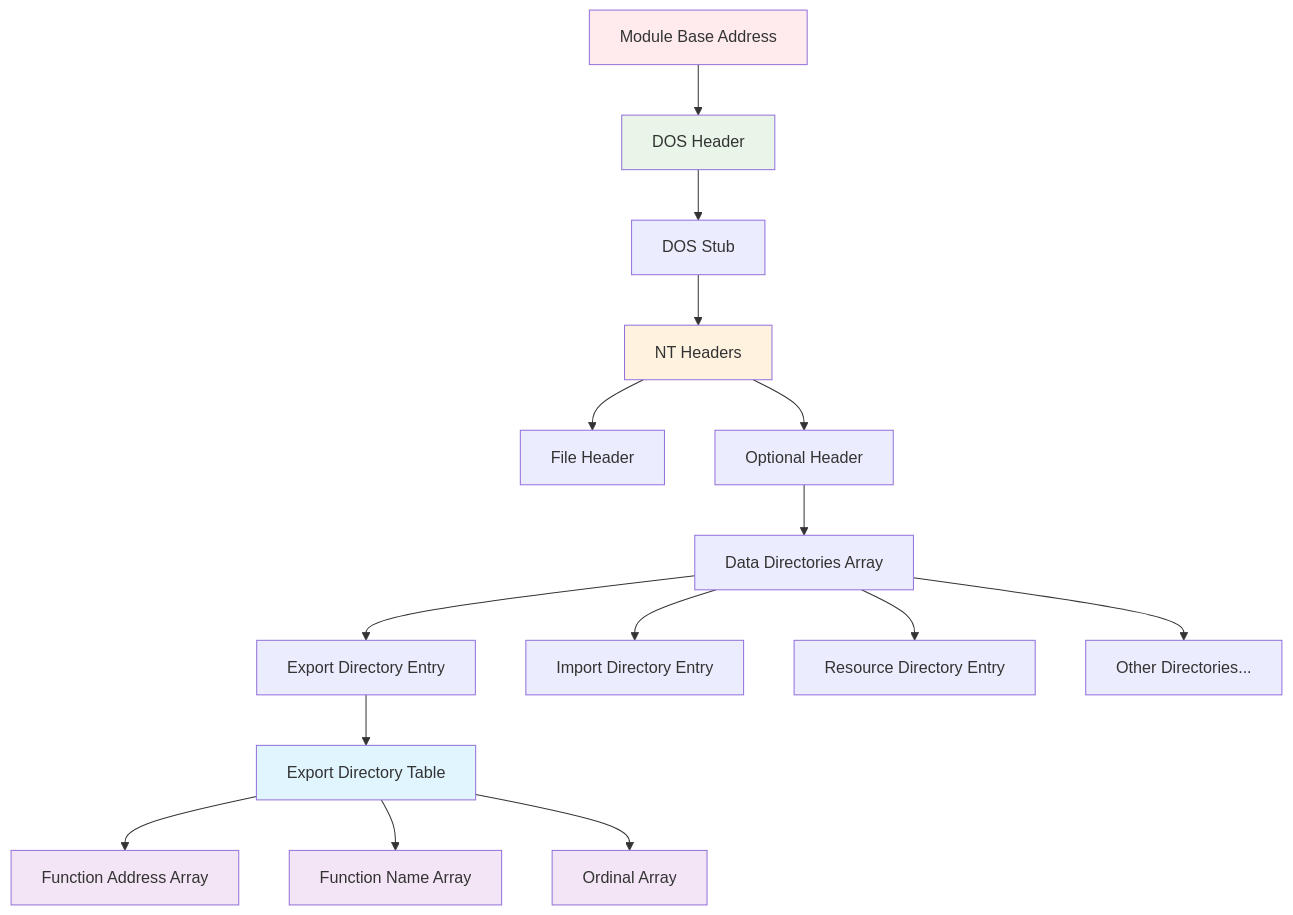
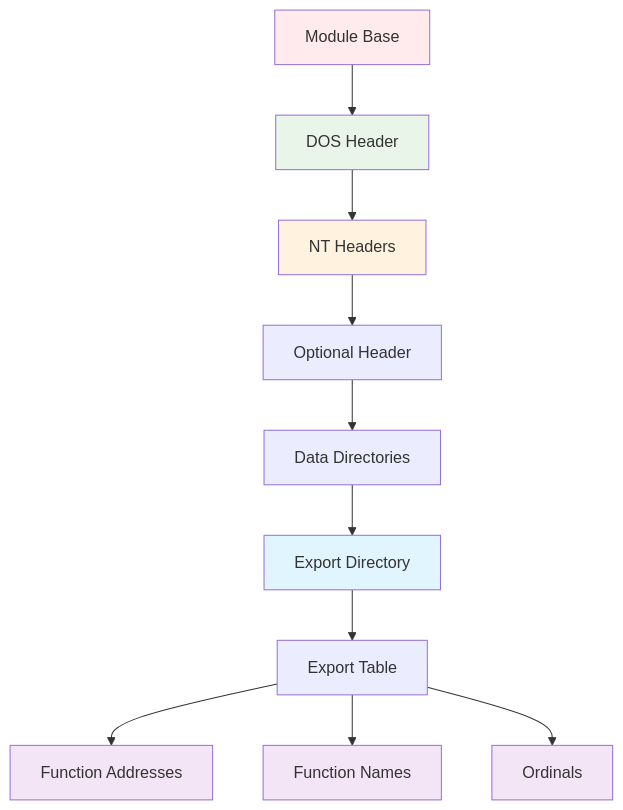
Before and after one commit to usuiWind/Windows-Import-Resolver: the second of 11 diagrams in diagrams.md, drawn with Mermaid. The commit also changed other lines of this file, not shown here.

````diff
--- a/diagrams.md
+++ b/diagrams.md
@@ -32,25 +29,20 @@
 ```mermaid
 graph TD
-    A[Module Base Address] --> B[DOS Header]
-    B --> C[DOS Stub]
-    C --> D[NT Headers]
-    D --> E[File Header]
-    D --> F[Optional Header]
-    F --> G[Data Directories Array]
-    G --> H[Export Directory Entry]
-    G --> I[Import Directory Entry]
-    G --> J[Resource Directory Entry]
-    G --> K[Other Directories...]
-    H --> L[Export Directory Table]
-    L --> M[Function Address Array]
-    L --> N[Function Name Array]
-    L --> O[Ordinal Array]
+    A[Module Base] --> B[DOS Header]
+    B --> C[NT Headers]
+    C --> D[Optional Header]
+    D --> E[Data Directories]
+    E --> F[Export Directory]
+    F --> G[Export Table]
+    G --> H[Function Addresses]
+    G --> I[Function Names]
+    G --> J[Ordinals]
     
     style A fill:#ffebee
     style B fill:#e8f5e8
-    style D fill:#fff3e0
-    style L fill:#e1f5fe
-    style M fill:#f3e5f5
-    style N fill:#f3e5f5
-    style O fill:#f3e5f5
+    style C fill:#fff3e0
+    style F fill:#e1f5fe
+    style H fill:#f3e5f5
+    style I fill:#f3e5f5
+    style J fill:#f3e5f5
 ```
````
